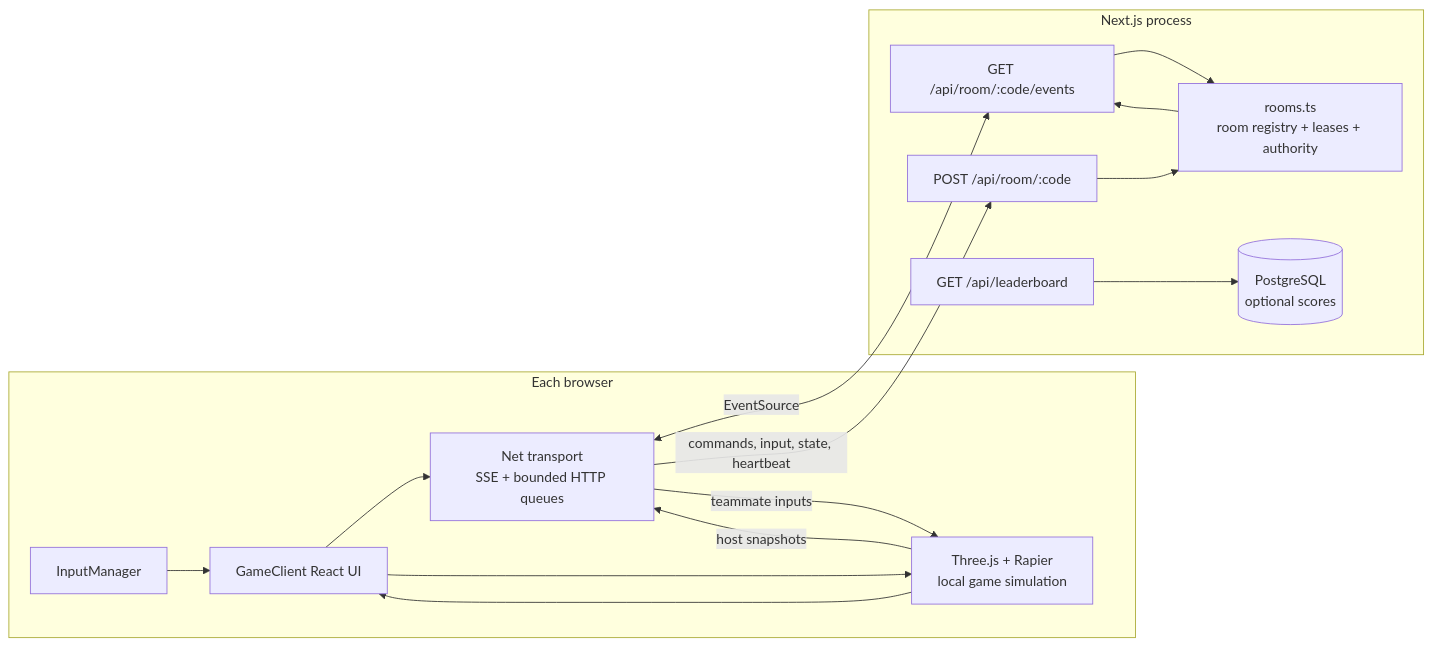
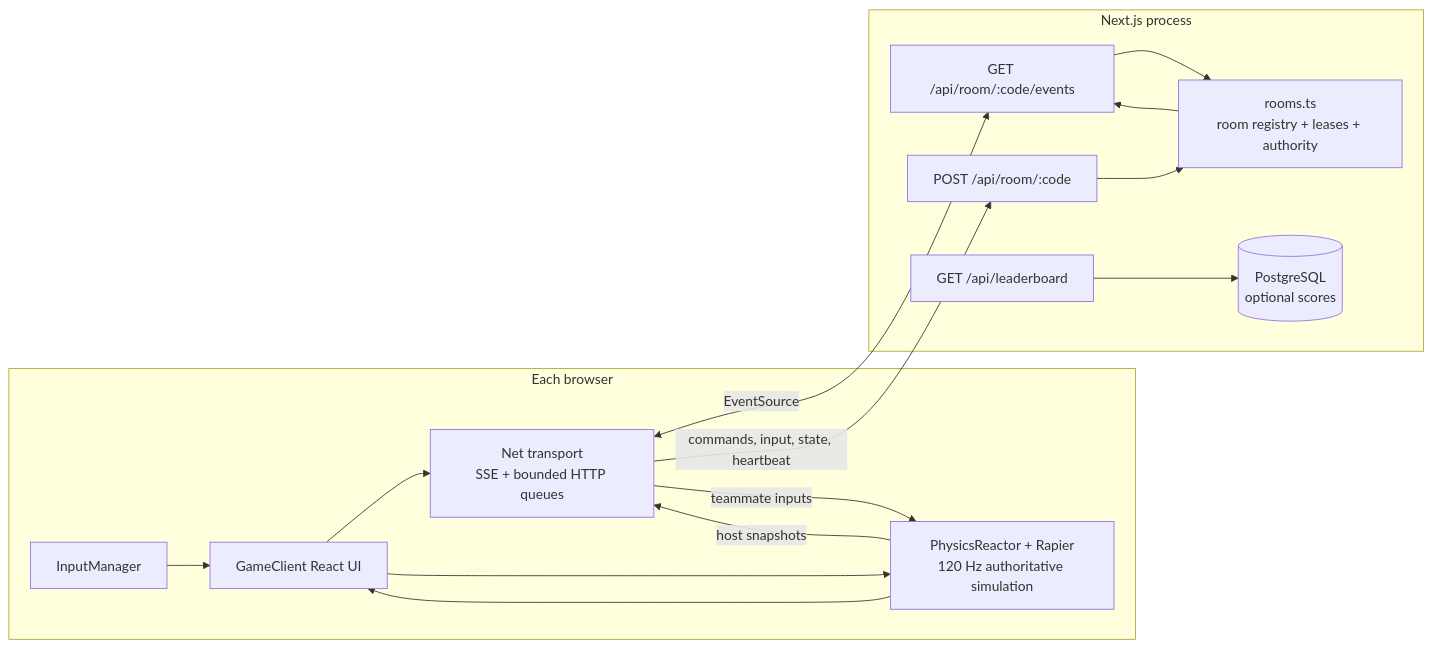
One commit to Sathvikar01/collaborative-multiplayer-physics-game-v2 changed the first of 6 diagrams in README.md. Above: the diagram before and after it, drawn with Mermaid. The commit also changed other lines of this file and 4 other files, not shown here.

````diff
--- a/README.md
+++ b/README.md
@@ -53,30 +53,30 @@
 ```mermaid
 flowchart LR
   subgraph Browser[Each browser]
     UI[GameClient React UI]
     NET[Net transport\nSSE + bounded HTTP queues]
-    PHYS[Three.js + Rapier\nlocal game simulation]
+    PHYS[PhysicsReactor + Rapier\n120 Hz authoritative simulation]
     INPUT[InputManager]
     UI --> NET
     UI --> PHYS
     INPUT --> UI
     PHYS --> UI
   end
 
   subgraph Next[Next.js process]
     SSE[GET /api/room/:code/events]
     API[POST /api/room/:code]
     ROOMS[rooms.ts\nroom registry + leases + authority]
     LEADER[GET /api/leaderboard]
     DB[(PostgreSQL\noptional scores)]
     SSE --> ROOMS
     API --> ROOMS
     ROOMS --> SSE
     LEADER --> DB
   end
 
   NET <-->|EventSource| SSE
   NET -->|commands, input, state, heartbeat| API
   PHYS -->|host snapshots| NET
   NET -->|teammate inputs| PHYS
 ```
````
